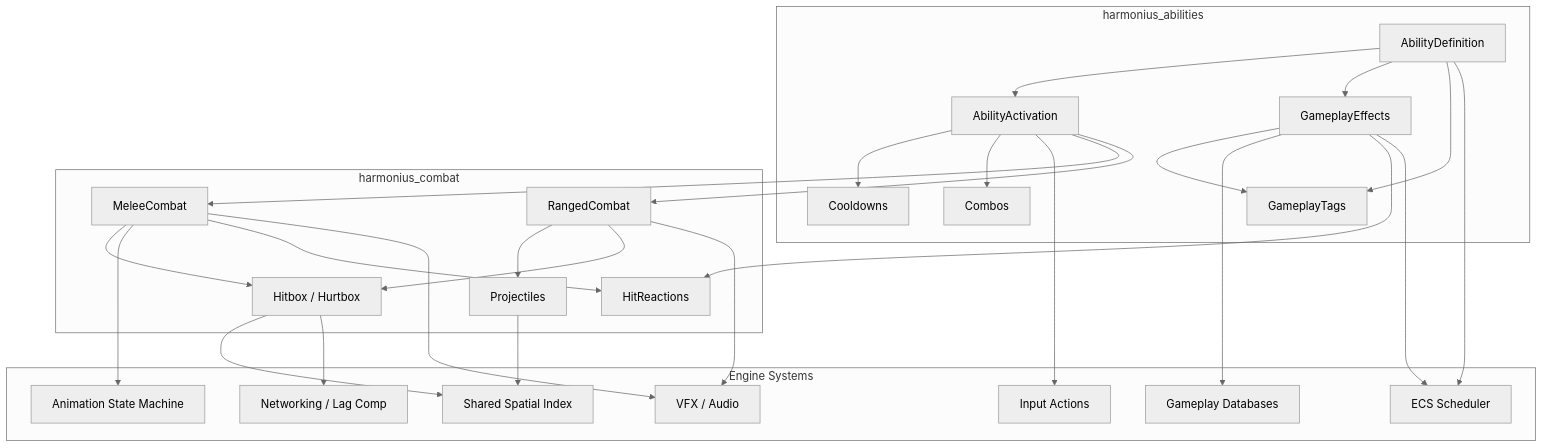
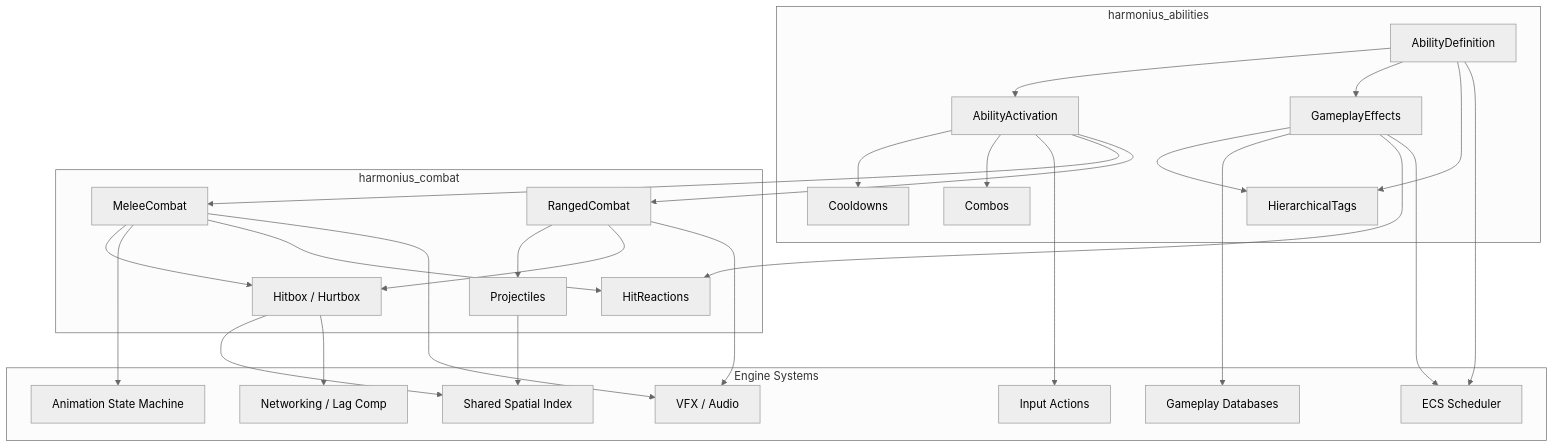
The first of 6 diagrams in docs/design/game-framework/abilities-combat.md (harmonius-dev/harmonius), drawn with Mermaid (neutral theme) before and after one commit. The commit also changed other lines of this file and 582 other files, not shown here.

````diff
--- a/docs/design/game-framework/abilities-combat.md
+++ b/docs/design/game-framework/abilities-combat.md
@@ -56,56 +55,56 @@
 ```mermaid
 graph TD
     subgraph "harmonius_abilities"
         AD[AbilityDefinition]
         AA[AbilityActivation]
         GE[GameplayEffects]
-        GT[GameplayTags]
+        GT[HierarchicalTags]
         CD[Cooldowns]
         CO[Combos]
     end
 
     subgraph "harmonius_combat"
         MC[MeleeCombat]
         RC[RangedCombat]
         HH[Hitbox / Hurtbox]
         PR[Projectiles]
         HR[HitReactions]
     end
 
     subgraph "Engine Systems"
         ECS[ECS Scheduler]
         SI[Shared Spatial Index]
         IN[Input Actions]
         AN[Animation State Machine]
         VFX[VFX / Audio]
         NET[Networking / Lag Comp]
         DB[Gameplay Databases]
     end
 
     AD --> AA
     AD --> GE
     AD --> GT
     AA --> CD
     AA --> CO
     AA --> IN
     GE --> GT
     GE --> DB
 
     MC --> HH
     MC --> AN
     MC --> HR
     RC --> PR
     RC --> HH
     PR --> SI
 
     AA --> MC
     AA --> RC
     GE --> HR
 
     HH --> SI
     HH --> NET
     MC --> VFX
     RC --> VFX
     AD --> ECS
     GE --> ECS
 ```
````
